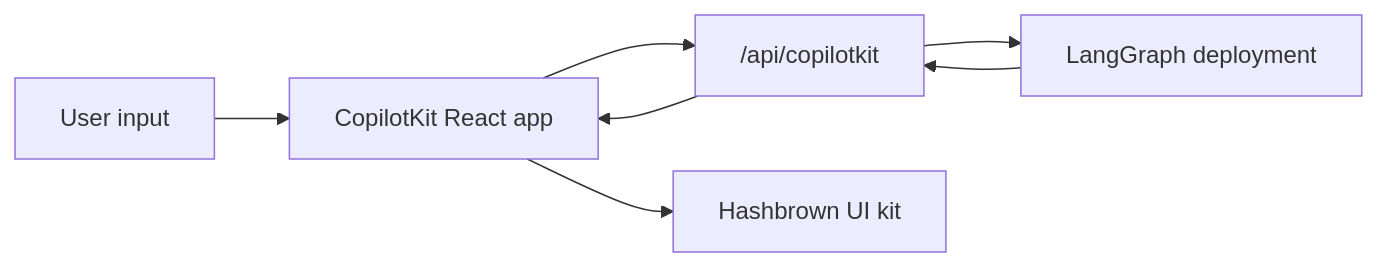
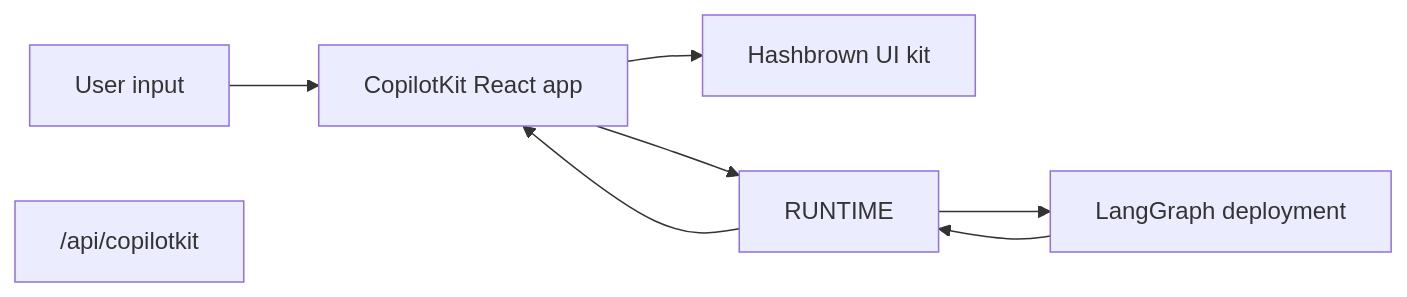
The diagram in src/oss/langchain/frontend/integrations/copilotkit.mdx (langchain-ai/docs), drawn with Mermaid before and after one commit. The commit also changed other lines of this file, not shown here.

````diff
--- a/src/oss/langchain/frontend/integrations/copilotkit.mdx
+++ b/src/oss/langchain/frontend/integrations/copilotkit.mdx
@@ -40,23 +61,23 @@
 ```mermaid
 %%{
   init: {
     "fontFamily": "monospace",
     "flowchart": {
       "curve": "curve"
     }
   }
 }%%
 graph LR
   USER["User input"]
   UI["CopilotKit React app"]
   ENDPOINT["/api/copilotkit"]
   GRAPH["LangGraph deployment"]
   RENDER["Hashbrown UI kit"]
 
   USER --> UI
-  UI --> ENDPOINT
-  ENDPOINT --> GRAPH
-  GRAPH --> ENDPOINT
-  ENDPOINT --> UI
+  UI --> RUNTIME
+  RUNTIME --> GRAPH
+  GRAPH --> RUNTIME
+  RUNTIME --> UI
   UI --> RENDER
 ```
````
